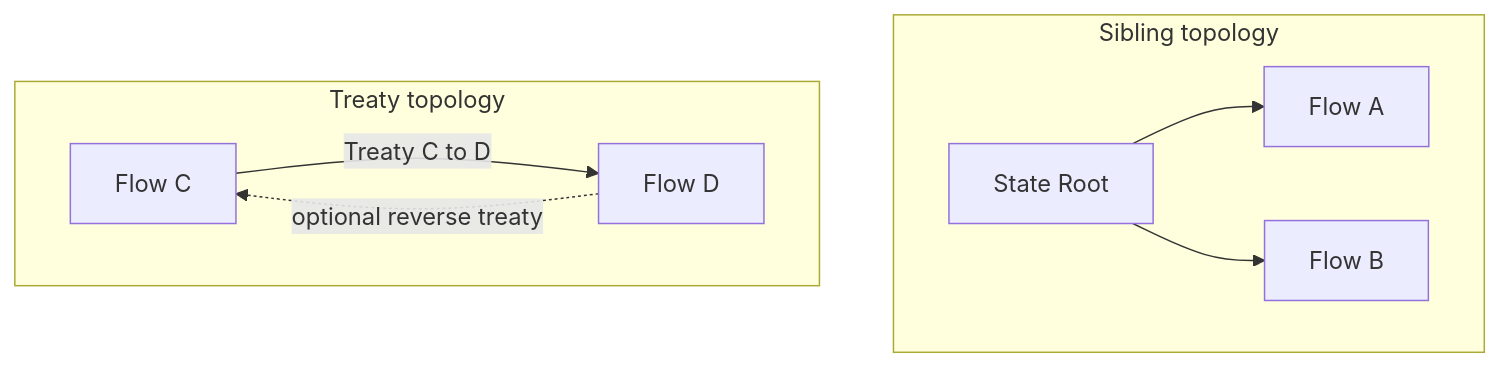
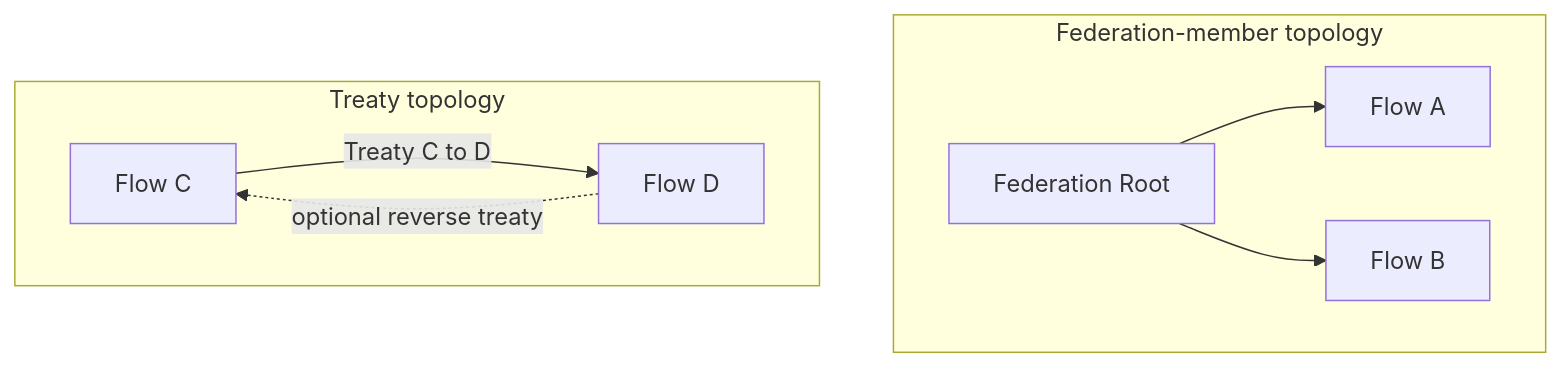
One commit to really-knows-ai/gideas changed the second of 3 diagrams in specs/02-flow/06-cross-flow.md. Above: the diagram before and after it, drawn with Mermaid. The commit also changed other lines of this file and 28 other files, not shown here.

````diff
--- a/specs/02-flow/06-cross-flow.md
+++ b/specs/02-flow/06-cross-flow.md
@@ -52,12 +92,12 @@
 ```mermaid
 flowchart TD
-    subgraph Sibling["Sibling topology"]
-        GR["State Root"] --> FA["Flow A"]
-        GR --> FB["Flow B"]
+    subgraph Federation["Federation-member topology"]
+        FR["Federation Root"] --> FA["Flow A"]
+        FR --> FB["Flow B"]
     end
 
     subgraph Treaty["Treaty topology"]
         FC["Flow C"] -->|"Treaty C to D"| FD["Flow D"]
         FD -. optional reverse treaty .-> FC
     end
 ```
````
